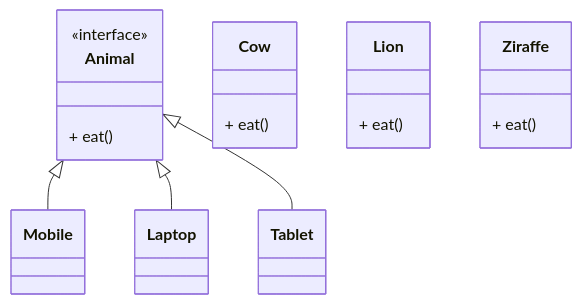
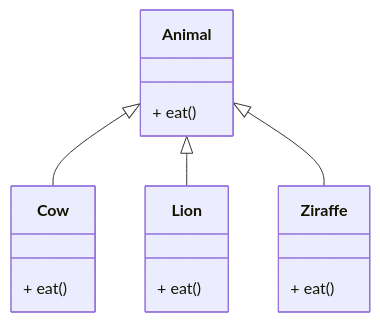
The first of 2 diagrams in resources/strategy-pattern.md (PrafullSaxena/LLD), drawn with Mermaid before and after one commit. The commit also changed other lines of this file and 1 other file, not shown here.

````diff
--- a/resources/strategy-pattern.md
+++ b/resources/strategy-pattern.md
@@ -9,23 +7,22 @@
 ```mermaid
 classDiagram
     class Animal {
-    <<interface>>
         + eat()
     }
 
     class Cow {
        + eat()
     }
 
     class Lion {
        + eat()
     }
 
     class Ziraffe {
       + eat()
     }
 
-    Animal <|-- Mobile
-    Animal <|-- Laptop
-    Animal <|-- Tablet
+    Animal <|-- Cow
+    Animal <|-- Lion
+    Animal <|-- Ziraffe
 ```
````
